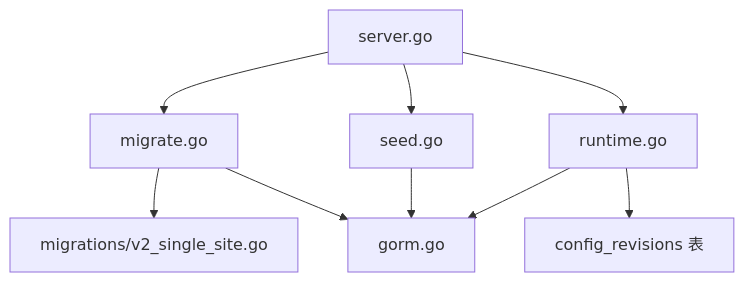
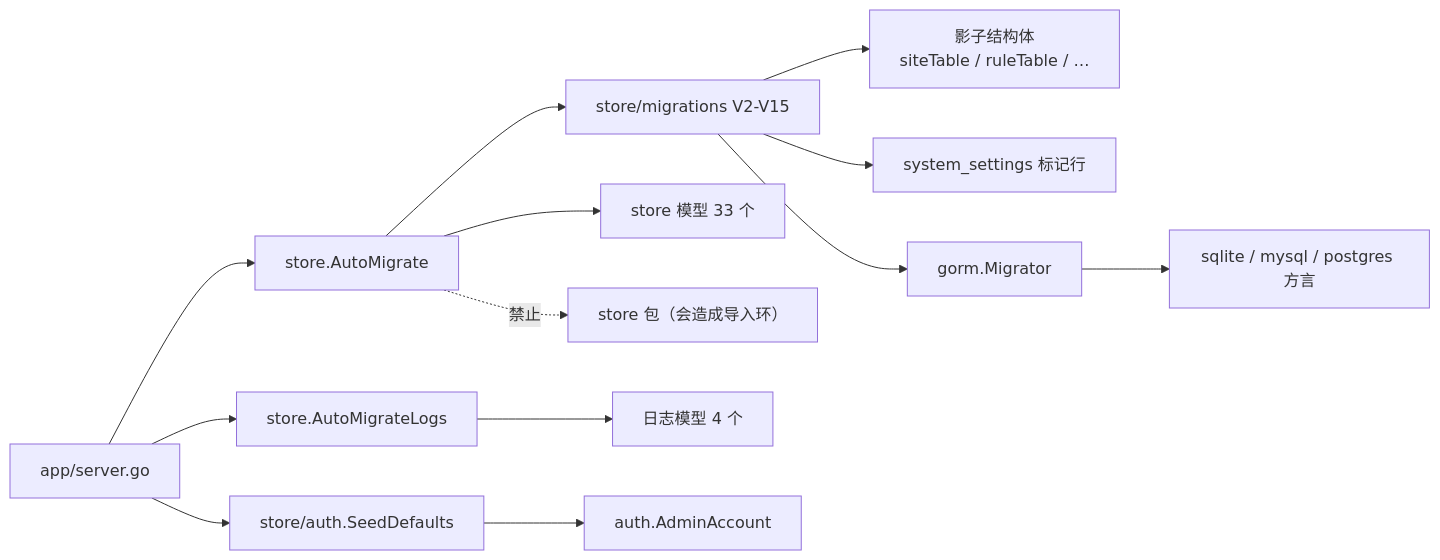
One commit to x01n/My-OpenWaf changed the sixth of 7 diagrams in docs/配置管理系统/迁移管理机制.md. Above: the diagram before and after it, drawn with Mermaid. The commit also changed other lines of this file and 622 other files, not shown here.

````diff
--- a/docs/配置管理系统/迁移管理机制.md
+++ b/docs/配置管理系统/迁移管理机制.md
@@ -292,11 +430,15 @@
 ```mermaid
-graph TB
-Server["server.go"] --> Migrate["migrate.go"]
-Server --> Seed["seed.go"]
-Migrate --> MigrateV2["migrations/v2_single_site.go"]
-Migrate --> DB["gorm.go"]
-Seed --> DB
-Server --> Runtime["runtime.go"]
-Runtime --> DB
-Runtime --> Rev["config_revisions 表"]
+graph LR
+SRV["app/server.go"] --> MIG["store.AutoMigrate"]
+SRV --> MIGL["store.AutoMigrateLogs"]
+SRV --> SEED["store/auth.SeedDefaults"]
+MIG --> MIGR["store/migrations V2-V15"]
+MIG --> MODELS["store 模型 33 个"]
+MIGL --> LOGS["日志模型 4 个"]
+MIGR --> SHADOW["影子结构体<br/>siteTable / ruleTable / …"]
+MIGR --> MARK["system_settings 标记行"]
+SEED --> ACCT["auth.AdminAccount"]
+MIGR --> GORM["gorm.Migrator"]
+GORM --> DIALECT["sqlite / mysql / postgres 方言"]
+MIG -. 禁止 .-> STORE["store 包（会造成导入环）"]
 ```
````
